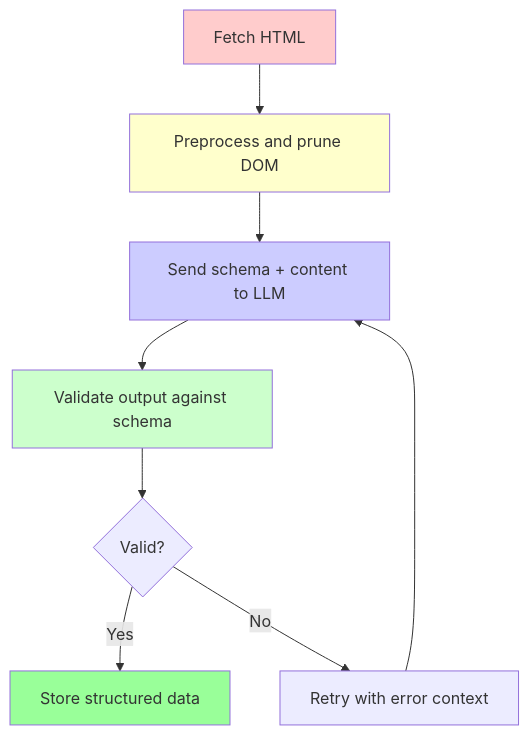
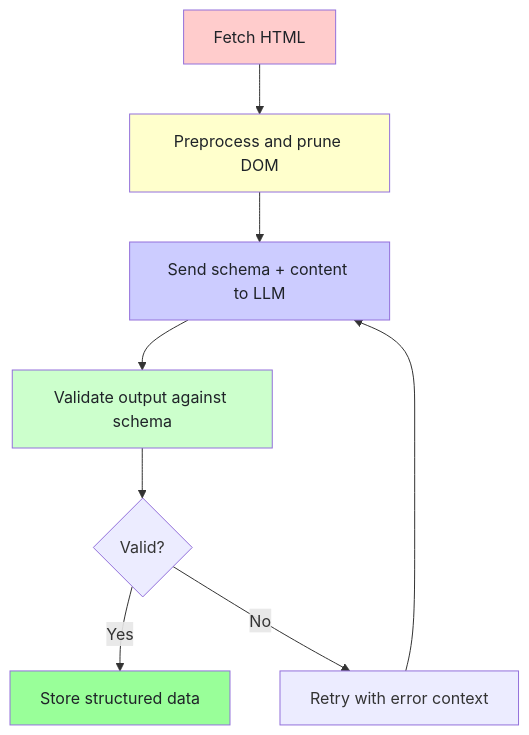
One commit to bytetunnels/bytetunnels.github.com changed the first of 5 diagrams in _posts/2026-02-20-llm-powered-data-extraction-schema-driven-scraping-with-structured-output.md. Above: the diagram before and after it, drawn with Mermaid. The commit also changed other lines of this file and 118 other files, not shown here.

Commit message:
feat: improve diagram styling and compact wide flowcharts

````diff
--- a/_posts/2026-02-20-llm-powered-data-extraction-schema-driven-scraping-with-structured-output.md
+++ b/_posts/2026-02-20-llm-powered-data-extraction-schema-driven-scraping-with-structured-output.md
@@ -23,16 +23,16 @@
 ```mermaid
 graph TD
     A["Fetch HTML"] --> B["Preprocess and prune DOM"]
     B --> C["Send schema + content to LLM"]
     C --> D["Validate output against schema"]
     D --> E{"Valid?"}
     E -->|Yes| F["Store structured data"]
     E -->|No| G["Retry with error context"]
     G --> C
 
-    style A fill:#ffcccc
-    style B fill:#ffffcc
-    style C fill:#ccccff
-    style D fill:#ccffcc
-    style F fill:#99ff99
+    style A fill:#ffcccc,color:#1f2328
+    style B fill:#ffffcc,color:#1f2328
+    style C fill:#ccccff,color:#1f2328
+    style D fill:#ccffcc,color:#1f2328
+    style F fill:#99ff99,color:#1f2328
 ```
````
